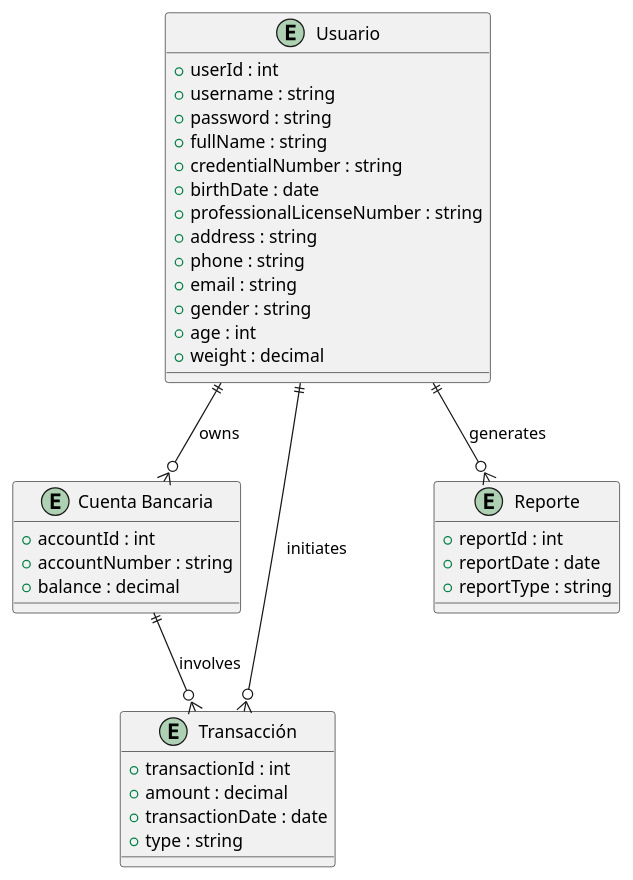
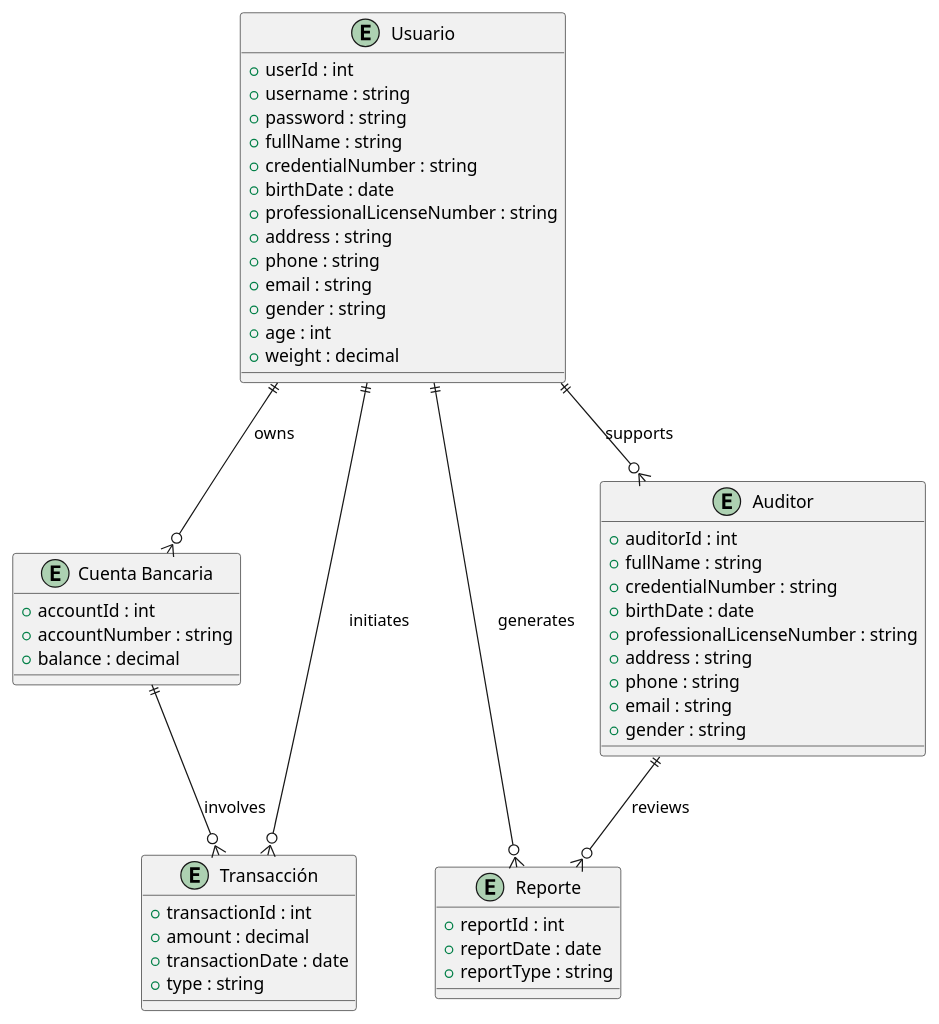
The diagram in EntidadRelacion.puml (ricardouriegas/sistema-de-consilaciones-bancarias), drawn with PlantUML before and after one commit.

Commit message:
better entidad relacion

```diff
--- a/EntidadRelacion.puml
+++ b/EntidadRelacion.puml
@@ -2,42 +2,56 @@
 @startuml
 entity "Usuario" as User {
     + userId : int
     + username : string
     + password : string
     + fullName : string
     + credentialNumber : string
     + birthDate : date
     + professionalLicenseNumber : string
     + address : string
     + phone : string
     + email : string
     + gender : string
     + age : int
     + weight : decimal
 }
 
 entity "Cuenta Bancaria" as BankAccount {
     + accountId : int
     + accountNumber : string
     + balance : decimal
 }
 
 entity "Transacción" as Transaction {
     + transactionId : int
     + amount : decimal
     + transactionDate : date
     + type : string
 }
 
 entity "Reporte" as Report {
     + reportId : int
     + reportDate : date
     + reportType : string
 }
 
+entity "Auditor" as Auditor {
+    + auditorId : int
+    + fullName : string
+    + credentialNumber : string
+    + birthDate : date
+    + professionalLicenseNumber : string
+    + address : string
+    + phone : string
+    + email : string
+    + gender : string
+}
+
 User ||--o{ BankAccount : owns
 User ||--o{ Transaction : initiates
 BankAccount ||--o{ Transaction : involves
 User ||--o{ Report : generates
+Auditor ||--o{ Report : reviews
+User ||--o{ Auditor : supports
 
 @enduml
```
